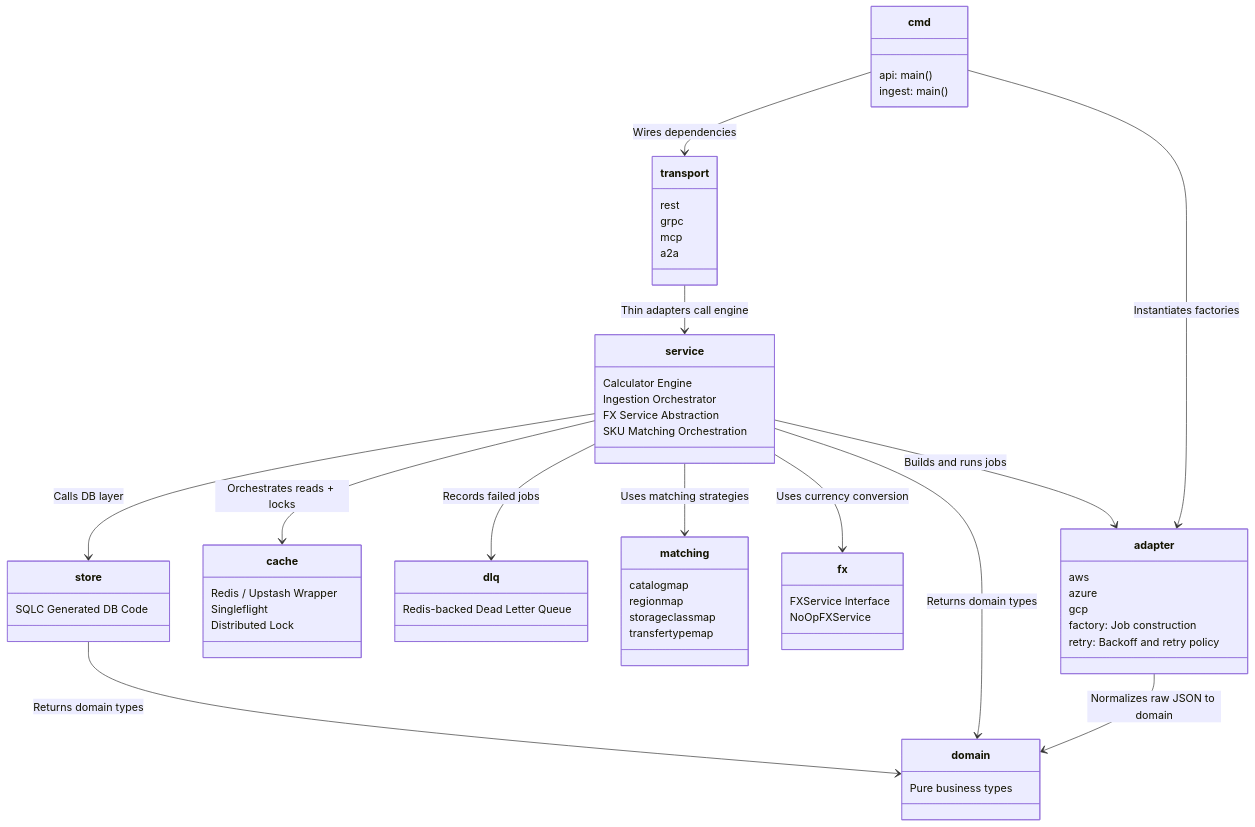
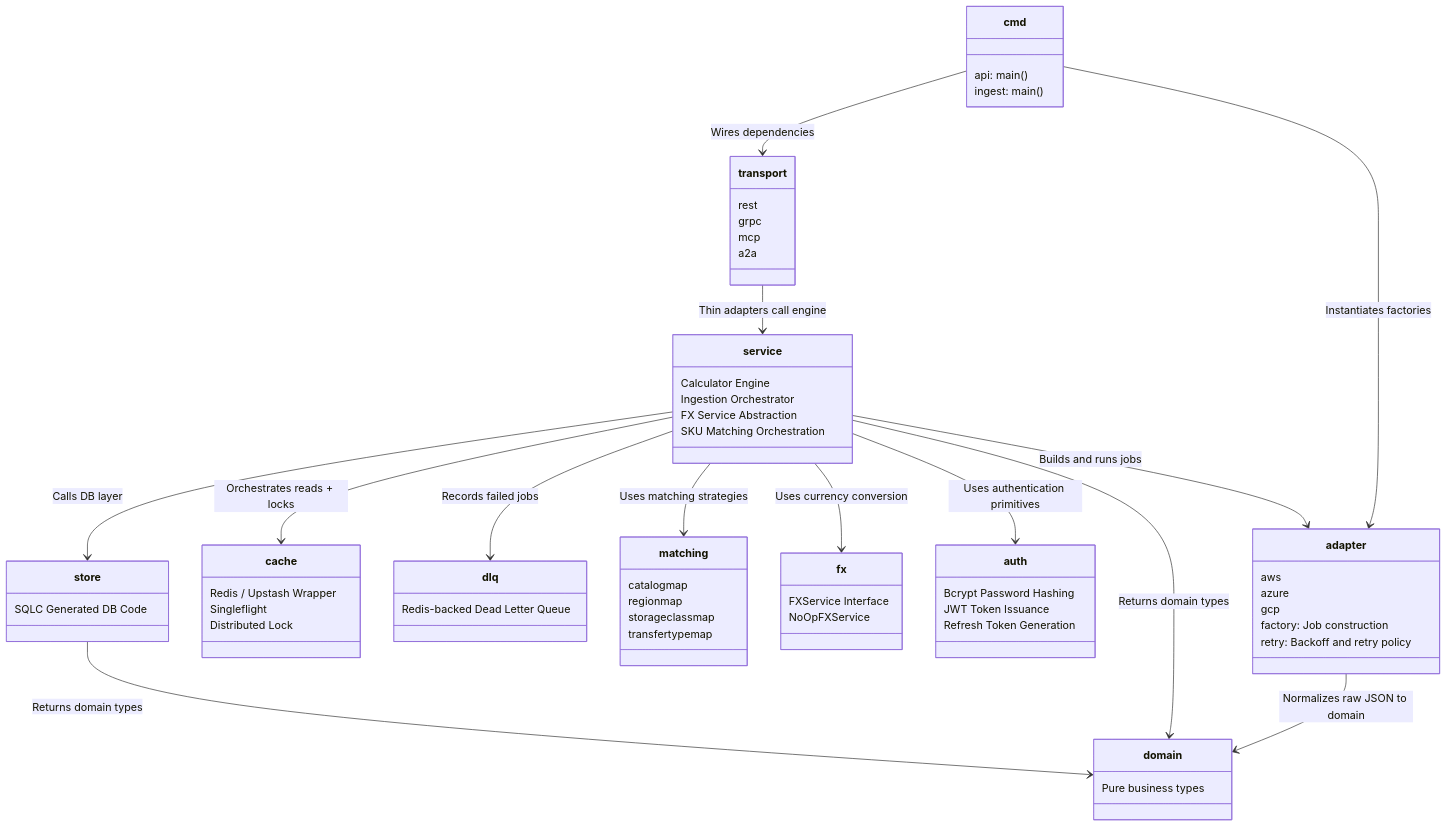
The diagram in docs/diagrams/06-package-structure.md (thatengineerguy21/cloudvitta), drawn with Mermaid before and after one commit. The commit also changed other lines of this file and 36 other files, not shown here.

```diff
--- a/docs/diagrams/06-package-structure.md
+++ b/docs/diagrams/06-package-structure.md
@@ -59,6 +59,12 @@
         NoOpFXService
     }
 
+    class auth {
+        Bcrypt Password Hashing
+        JWT Token Issuance
+        Refresh Token Generation
+    }
+
     cmd --> transport : Wires dependencies
     cmd --> adapter : Instantiates factories
     
@@ -69,6 +75,7 @@
     service --> dlq : Records failed jobs
     service --> matching : Uses matching strategies
     service --> fx : Uses currency conversion
+    service --> auth : Uses authentication primitives
     service --> domain : Returns domain types
     service --> adapter : Builds and runs jobs
     
```
